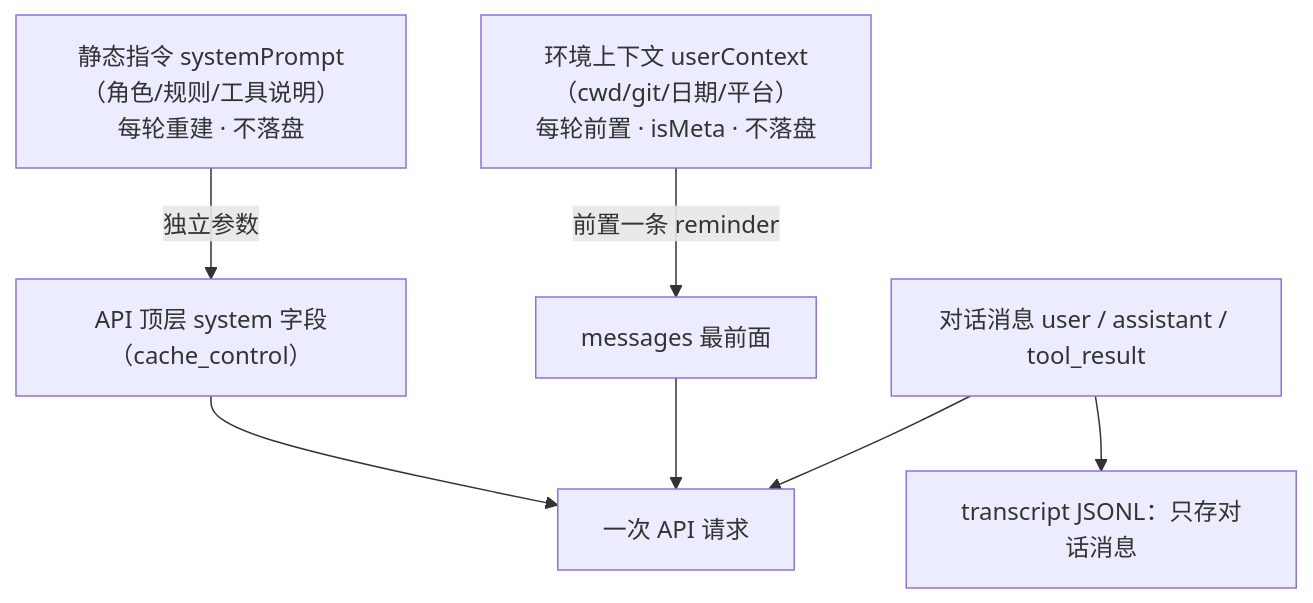
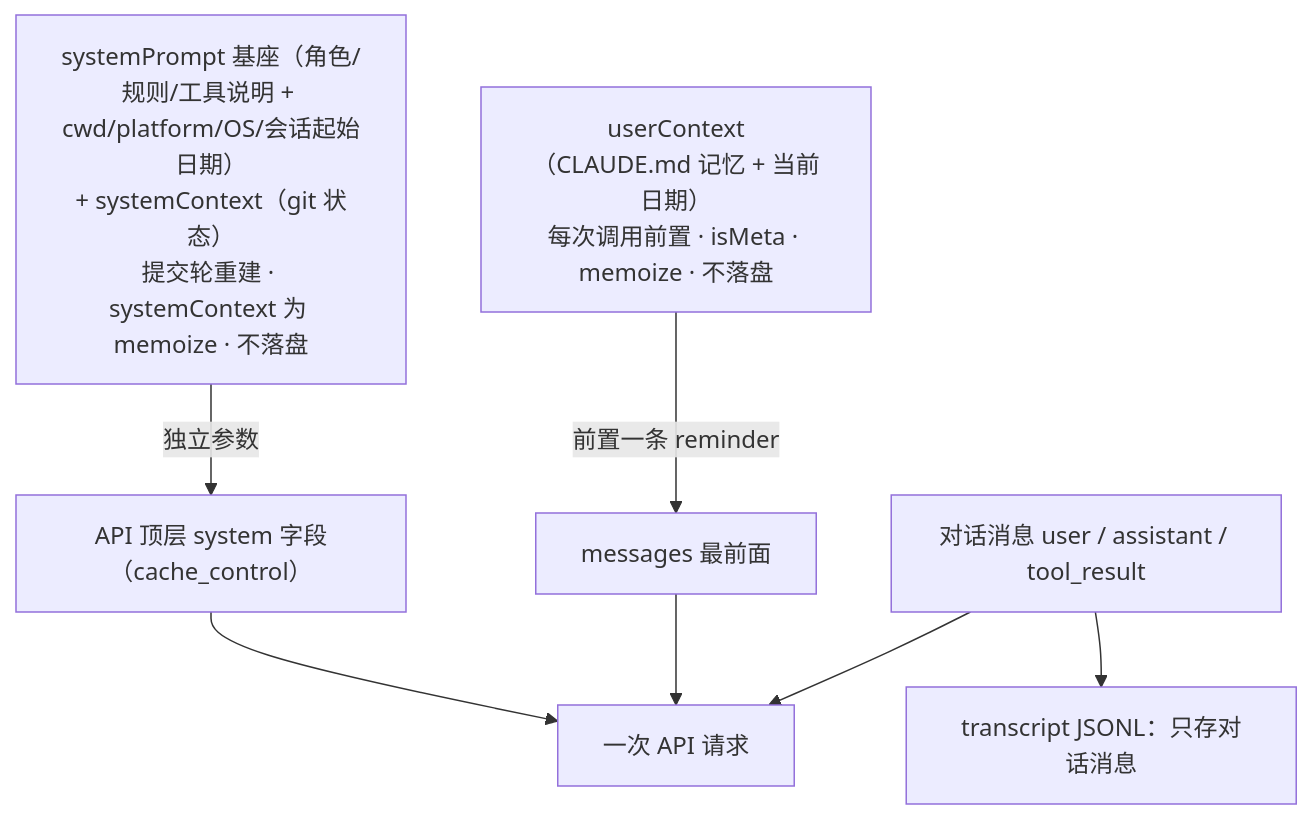
Before and after one commit to hustyong/yjy-blog: the third of 7 diagrams in guide/00-overview.md, drawn with Mermaid. The commit also changed other lines of this file and 2 other files, not shown here.

````diff
--- a/guide/00-overview.md
+++ b/guide/00-overview.md
@@ -90,9 +90,9 @@
 ```mermaid
 flowchart TB
-    SP["静态指令 systemPrompt（角色/规则/工具说明）<br/>每轮重建 · 不落盘"] -->|独立参数| Sys["API 顶层 system 字段（cache_control）"]
-    UC["环境上下文 userContext（cwd/git/日期/平台）<br/>每轮前置 · isMeta · 不落盘"] -->|前置一条 reminder| Msg["messages 最前面"]
+    SP["systemPrompt 基座（角色/规则/工具说明 + cwd/platform/OS/会话起始日期）<br/>+ systemContext（git 状态）<br/>提交轮重建 · systemContext 为 memoize · 不落盘"] -->|独立参数| Sys["API 顶层 system 字段（cache_control）"]
+    UC["userContext（CLAUDE.md 记忆 + 当前日期）<br/>每次调用前置 · isMeta · memoize · 不落盘"] -->|前置一条 reminder| Msg["messages 最前面"]
     Conv["对话消息 user / assistant / tool_result"] --> API["一次 API 请求"]
     Sys --> API
     Msg --> API
     Conv --> Store["transcript JSONL：只存对话消息"]
 ```
````
